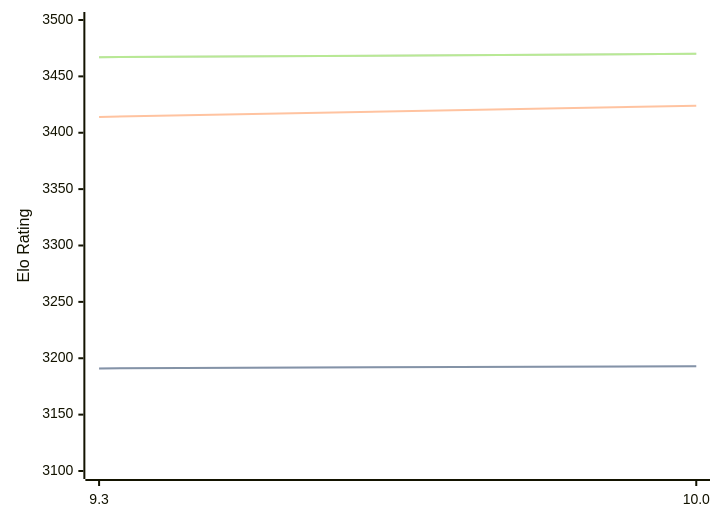
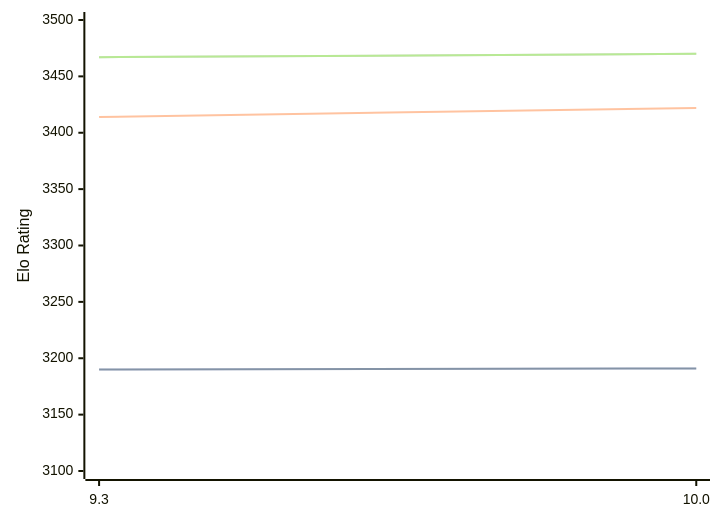
One commit to computer-chess-index/cci changed the diagram in engines/Fire.md. Above: the diagram before and after it, drawn with Mermaid. The commit also changed other lines of this file, not shown here.

Commit message:
Update CCI Ratings (ELO VLTC) - 2026-03-07

````diff
--- a/engines/Fire.md
+++ b/engines/Fire.md
@@ -45,11 +45,11 @@
 ```mermaid
 %%{init: {"theme":"base","themeVariables":{"seriesColors:['#a3a3a3','#222221','#faa371']}}}%%
 xychart-beta
   x-axis ["9.3", "10.0"]
   y-axis "Elo Rating" 3100 --> 3500
-  line "STC (8.0+0.08s)" [3191, 3193]
-  line "STC (8.0+0.08s)" [3191, 3193]
-  line "LTC (60.0+0.60s)" [3414, 3424]
+  line "STC (8.0+0.08s)" [3190, 3191]
+  line "STC (8.0+0.08s)" [3190, 3191]
+  line "LTC (60.0+0.60s)" [3414, 3422]
   line "VLTC (2m24s+1.12s)" [3467, 3470]
   line "VLTC (2m24s+1.12s)" [3467, 3470]
 ```
````
